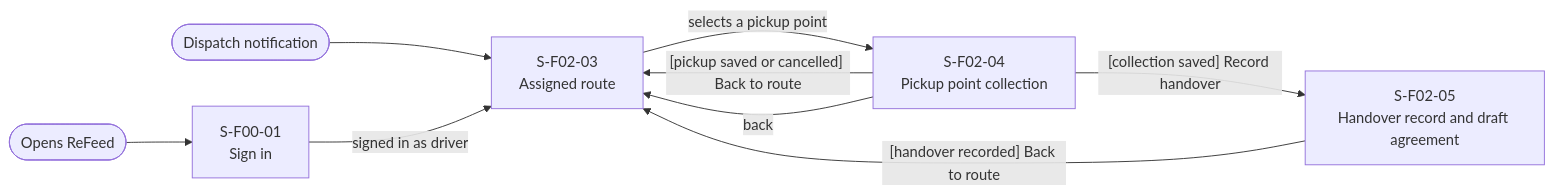
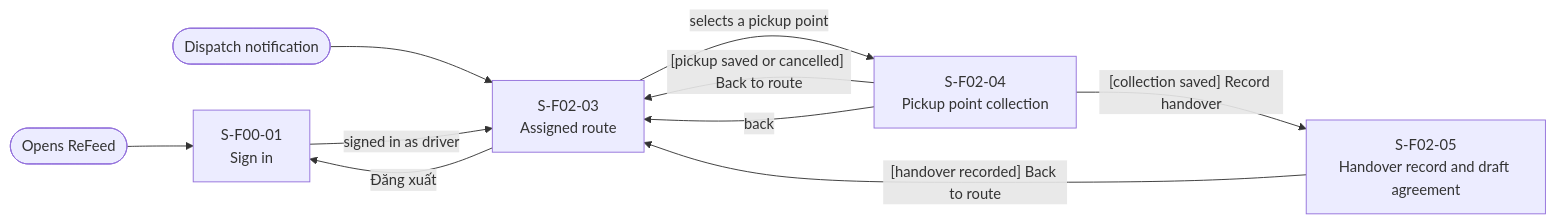
Before and after one commit to thuyvicbh-alt/DBIZ2---GROUP-D: the second of 4 diagrams in docs/external-design/screen-transition.md, drawn with Mermaid. The commit also changed other lines of this file, not shown here.

````diff
--- a/docs/external-design/screen-transition.md
+++ b/docs/external-design/screen-transition.md
@@ -65,17 +66,18 @@
 ```mermaid
 flowchart LR
   entry(["Opens ReFeed"])
   notif(["Dispatch notification"])
   S00_01["S-F00-01<br>Sign in"]
   S02_03["S-F02-03<br>Assigned route"]
   S02_04["S-F02-04<br>Pickup point collection"]
   S02_05["S-F02-05<br>Handover record and draft agreement"]
   entry --> S00_01
   notif --> S02_03
   S00_01 -->|"signed in as driver"| S02_03
   S02_03 -->|"selects a pickup point"| S02_04
+  S02_03 -->|"Đăng xuất"| S00_01
   S02_04 -->|"[collection saved] Record handover"| S02_05
   S02_04 -->|"[pickup saved or cancelled] Back to route"| S02_03
   S02_04 -->|"back"| S02_03
   S02_05 -->|"[handover recorded] Back to route"| S02_03
 ```
````
